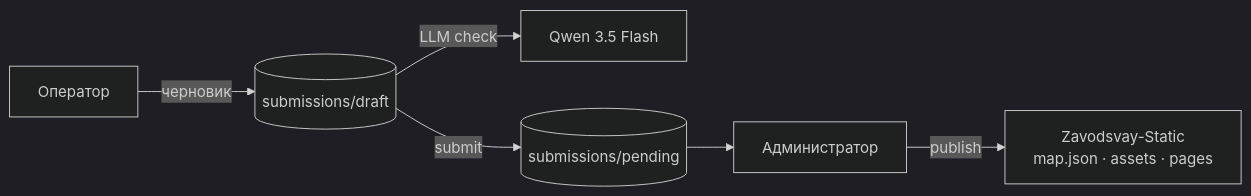
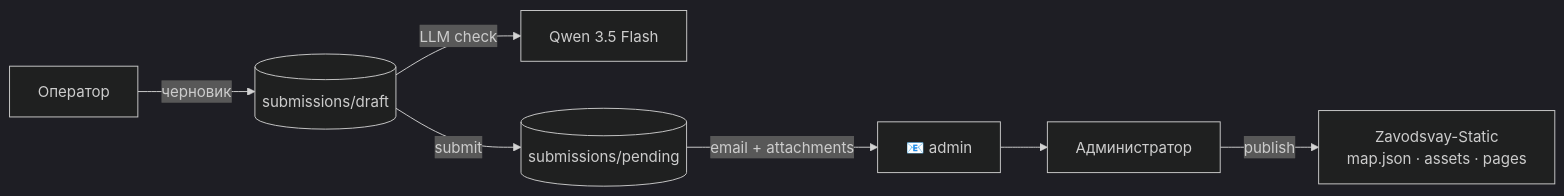
The diagram in README.md (AlexanderKuzikov/MapControl), drawn with Mermaid (dark theme) before and after one commit. The commit also changed other lines of this file, not shown here.

Commit message:
docs: update README — add email delivery, nodemailer, diff UI fix

````diff
--- a/README.md
+++ b/README.md
@@ -61,8 +88,9 @@
 ```mermaid
 flowchart LR
   OP[Оператор] -->|черновик| DRAFT[(submissions/draft)]
   DRAFT -->|LLM check| LLM[Qwen 3.5 Flash]
   DRAFT -->|submit| PENDING[(submissions/pending)]
-  PENDING --> ADM[Администратор]
+  PENDING -->|email + attachments| EMAIL[📧 admin]
+  EMAIL --> ADM[Администратор]
   ADM -->|publish| SITE[Zavodsvay-Static<br/>map.json · assets · pages]
 ```
````
